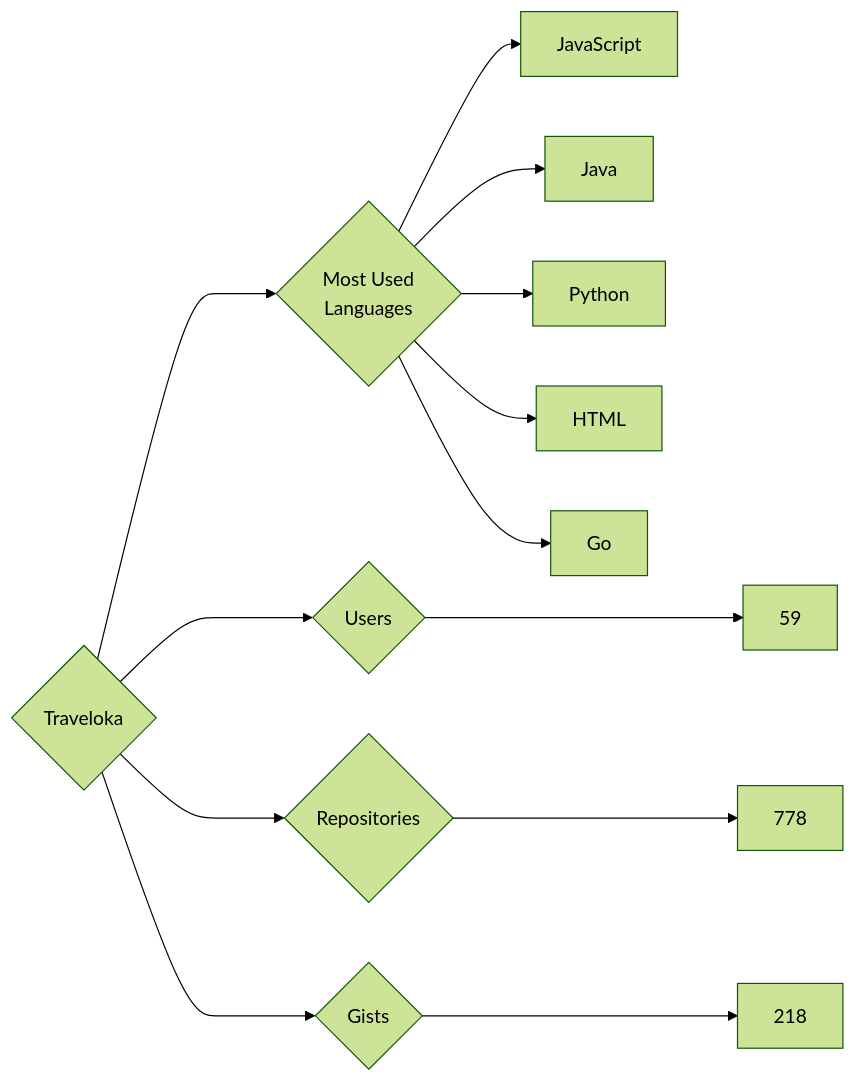
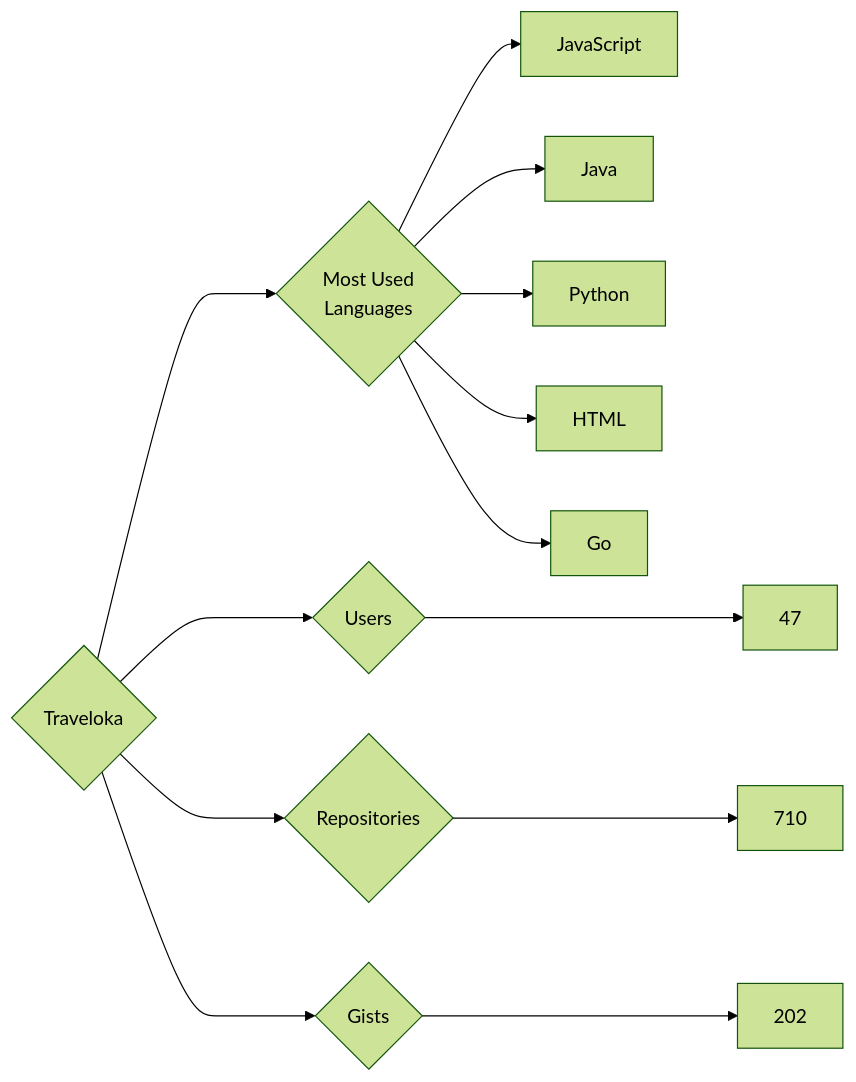
Before and after one commit to trickest/insiders: the diagram in targets/Traveloka/README.md, drawn with Mermaid (forest theme). The commit also changed 839 other files, not shown here.

````diff
--- a/targets/Traveloka/README.md
+++ b/targets/Traveloka/README.md
@@ -3,13 +3,13 @@
 ```mermaid
 graph LR
 COMPANY_NAME{Traveloka}
-COMPANY_NAME ---> U{Users} ---> UN[59]
-COMPANY_NAME ---> R{Repositories} ---> RN[778]
-COMPANY_NAME ---> G{Gists} ---> GN[218]
+COMPANY_NAME ---> U{Users} ---> UN[47]
+COMPANY_NAME ---> R{Repositories} ---> RN[710]
+COMPANY_NAME ---> G{Gists} ---> GN[202]
 COMPANY_NAME ---> ML{Most Used<br>Languages}
 ML --> JavaScript[JavaScript]
 ML --> Java[Java]
 ML --> Python[Python]
 ML --> HTML[HTML]
 ML --> Go[Go]
 ```
````
